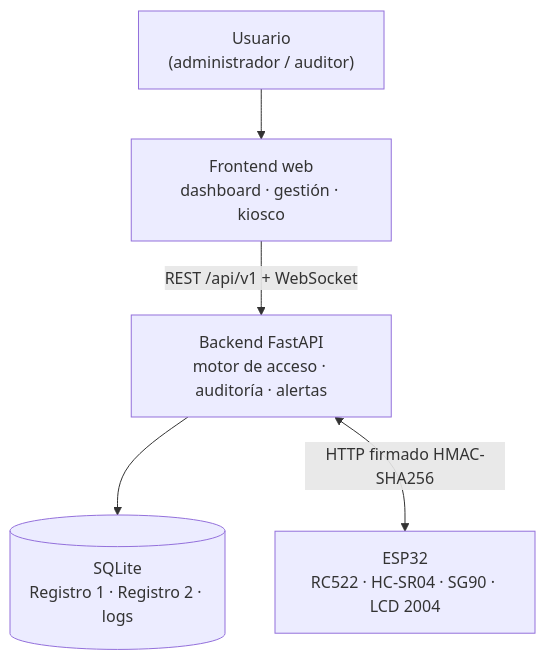
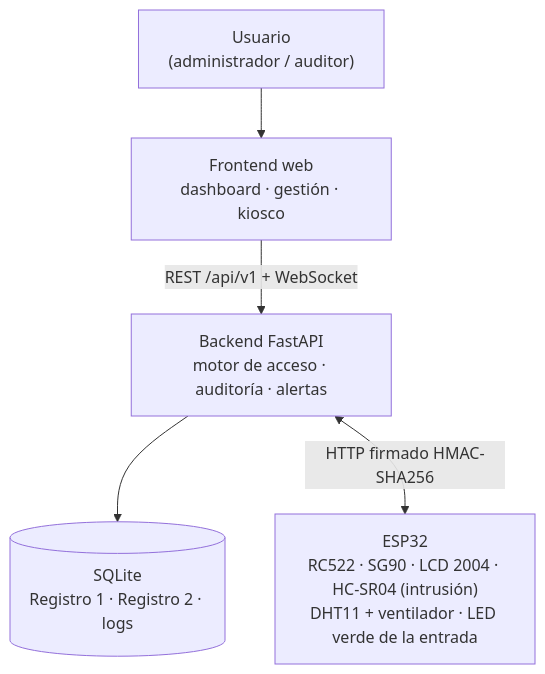
The first of 3 diagrams in README.md (santymontes234-a11y/dc-guardian), drawn with Mermaid before and after one commit. The commit also changed other lines of this file and 170 other files, not shown here.

````diff
--- a/README.md
+++ b/README.md
@@ -84,7 +105,7 @@
 ```mermaid
 flowchart TB
     U["Usuario<br/>(administrador / auditor)"] --> FE["Frontend web<br/>dashboard · gestión · kiosco"]
     FE -->|"REST /api/v1 + WebSocket"| BE["Backend FastAPI<br/>motor de acceso · auditoría · alertas"]
     BE --> DB[("SQLite<br/>Registro 1 · Registro 2 · logs")]
-    BE <-->|"HTTP firmado HMAC-SHA256"| ESP["ESP32<br/>RC522 · HC-SR04 · SG90 · LCD 2004"]
+    BE <-->|"HTTP firmado HMAC-SHA256"| ESP["ESP32<br/>RC522 · SG90 · LCD 2004 · HC-SR04 (intrusión)<br/>DHT11 + ventilador · LED verde de la entrada"]
 ```
````
